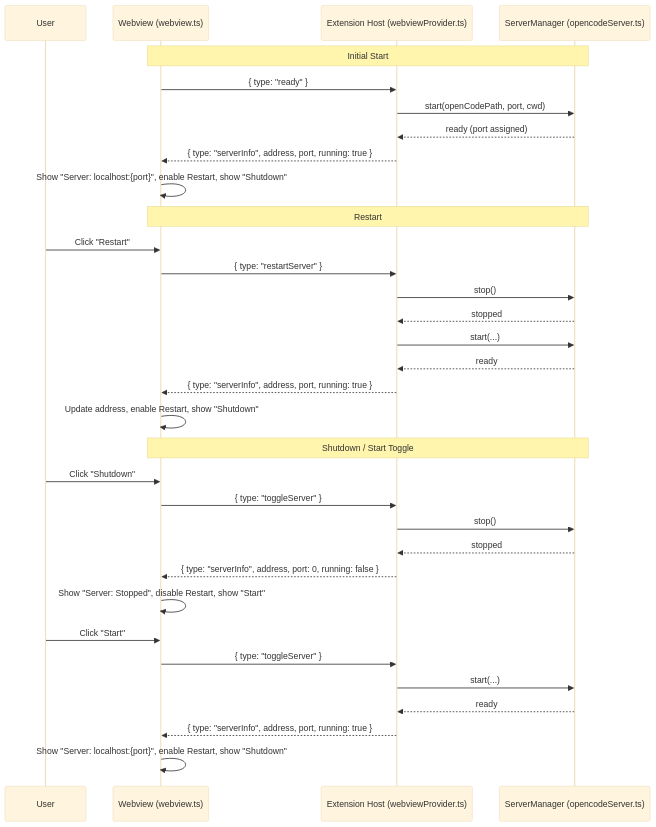
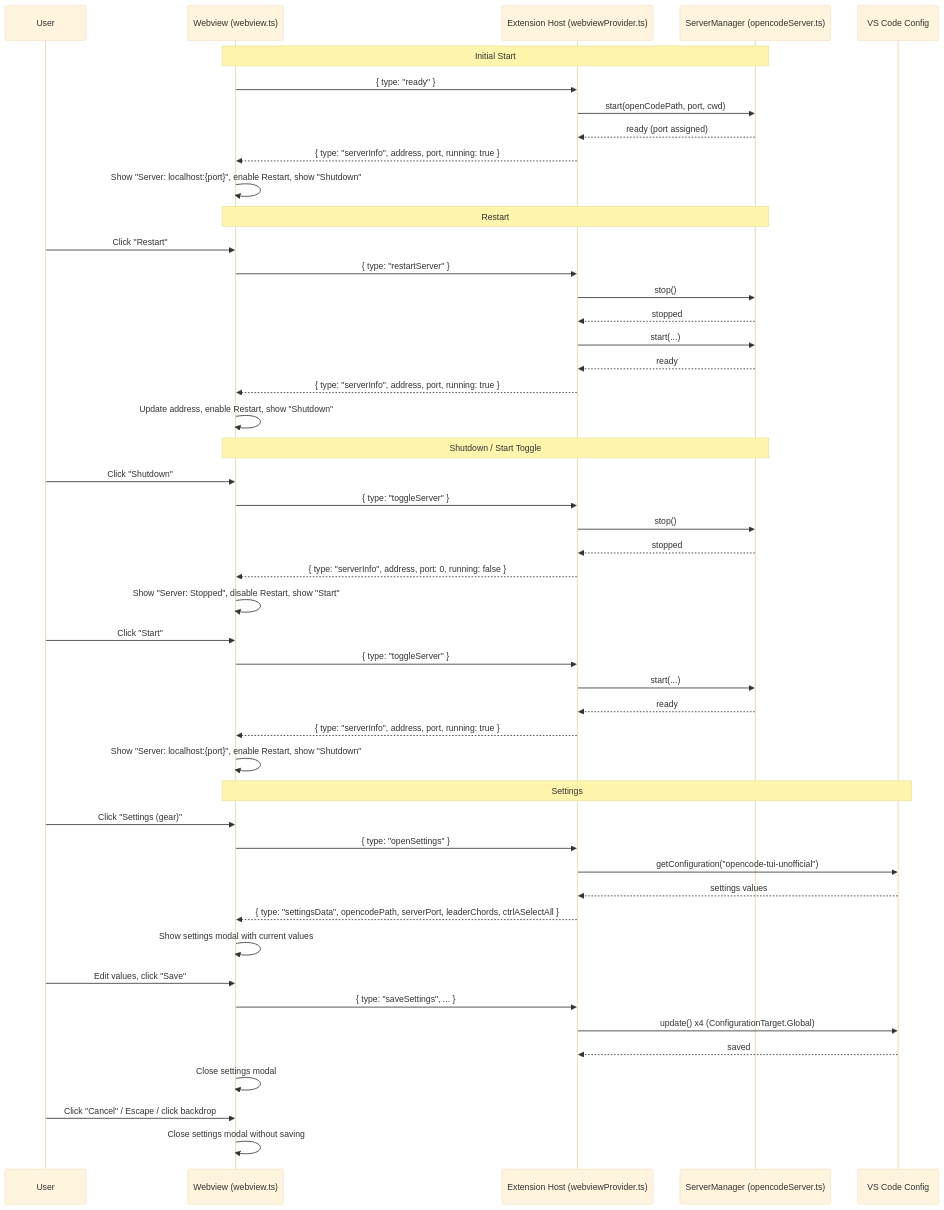
The first of 2 diagrams in docs/diagrams/statusbar-flow.md (ilgizar-valiullin/opencode-tui-for-vscode), drawn with Mermaid (base theme) before and after one commit. The commit also changed other lines of this file and 15 other files, not shown here.

Commit message:
feat(settings): add settings modal with localization

````diff
--- a/docs/diagrams/statusbar-flow.md
+++ b/docs/diagrams/statusbar-flow.md
@@ -5,39 +5,57 @@
 ```mermaid
 sequenceDiagram
     participant User
     participant Webview as Webview (webview.ts)
     participant Ext as Extension Host (webviewProvider.ts)
     participant SM as ServerManager (opencodeServer.ts)
+    participant Config as VS Code Config
 
     Note over Webview,SM: Initial Start
     Webview->>Ext: { type: "ready" }
     Ext->>SM: start(openCodePath, port, cwd)
     SM-->>Ext: ready (port assigned)
     Ext-->>Webview: { type: "serverInfo", address, port, running: true }
     Webview->>Webview: Show "Server: localhost:{port}", enable Restart, show "Shutdown"
 
     Note over Webview,SM: Restart
     User->>Webview: Click "Restart"
     Webview->>Ext: { type: "restartServer" }
     Ext->>SM: stop()
     SM-->>Ext: stopped
     Ext->>SM: start(...)
     SM-->>Ext: ready
     Ext-->>Webview: { type: "serverInfo", address, port, running: true }
     Webview->>Webview: Update address, enable Restart, show "Shutdown"
 
     Note over Webview,SM: Shutdown / Start Toggle
     User->>Webview: Click "Shutdown"
     Webview->>Ext: { type: "toggleServer" }
     Ext->>SM: stop()
     SM-->>Ext: stopped
     Ext-->>Webview: { type: "serverInfo", address, port: 0, running: false }
     Webview->>Webview: Show "Server: Stopped", disable Restart, show "Start"
 
     User->>Webview: Click "Start"
     Webview->>Ext: { type: "toggleServer" }
     Ext->>SM: start(...)
     SM-->>Ext: ready
     Ext-->>Webview: { type: "serverInfo", address, port, running: true }
     Webview->>Webview: Show "Server: localhost:{port}", enable Restart, show "Shutdown"
+
+    Note over Webview,Config: Settings
+    User->>Webview: Click "Settings (gear)"
+    Webview->>Ext: { type: "openSettings" }
+    Ext->>Config: getConfiguration("opencode-tui-unofficial")
+    Config-->>Ext: settings values
+    Ext-->>Webview: { type: "settingsData", opencodePath, serverPort, leaderChords, ctrlASelectAll }
+    Webview->>Webview: Show settings modal with current values
+
+    User->>Webview: Edit values, click "Save"
+    Webview->>Ext: { type: "saveSettings", ... }
+    Ext->>Config: update() x4 (ConfigurationTarget.Global)
+    Config-->>Ext: saved
+    Webview->>Webview: Close settings modal
+
+    User->>Webview: Click "Cancel" / Escape / click backdrop
+    Webview->>Webview: Close settings modal without saving
 ```
````
